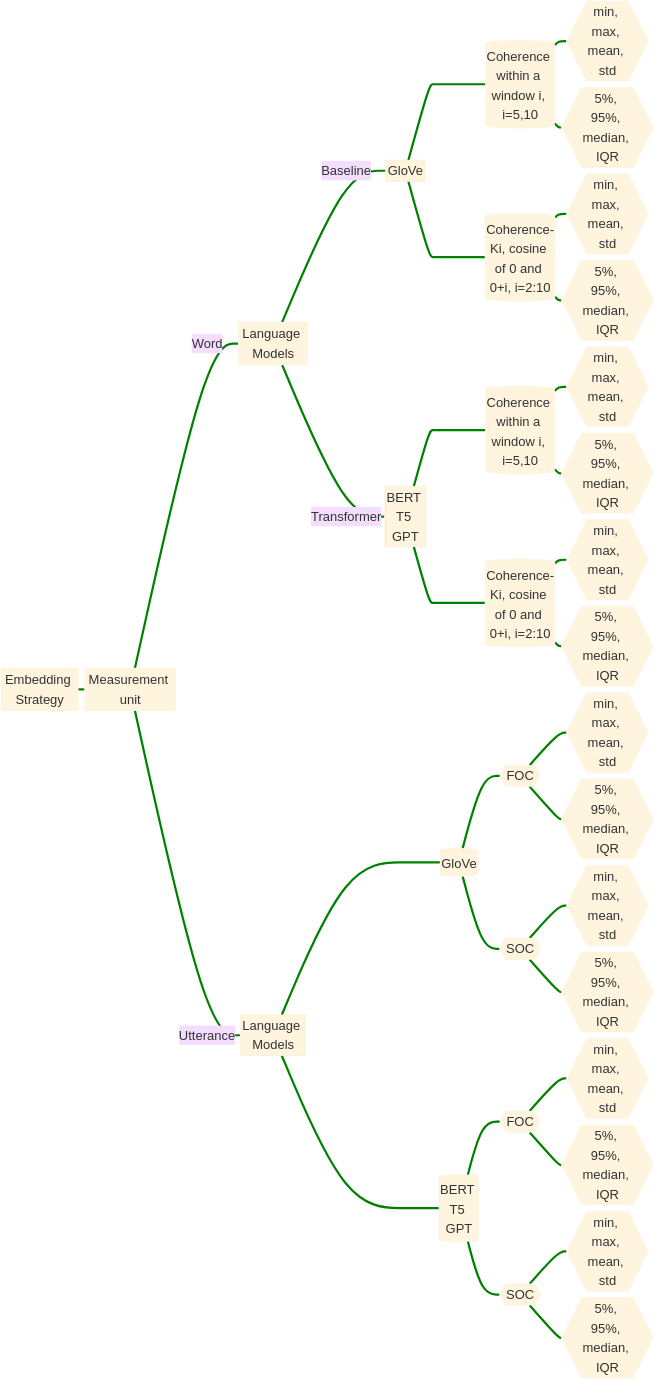
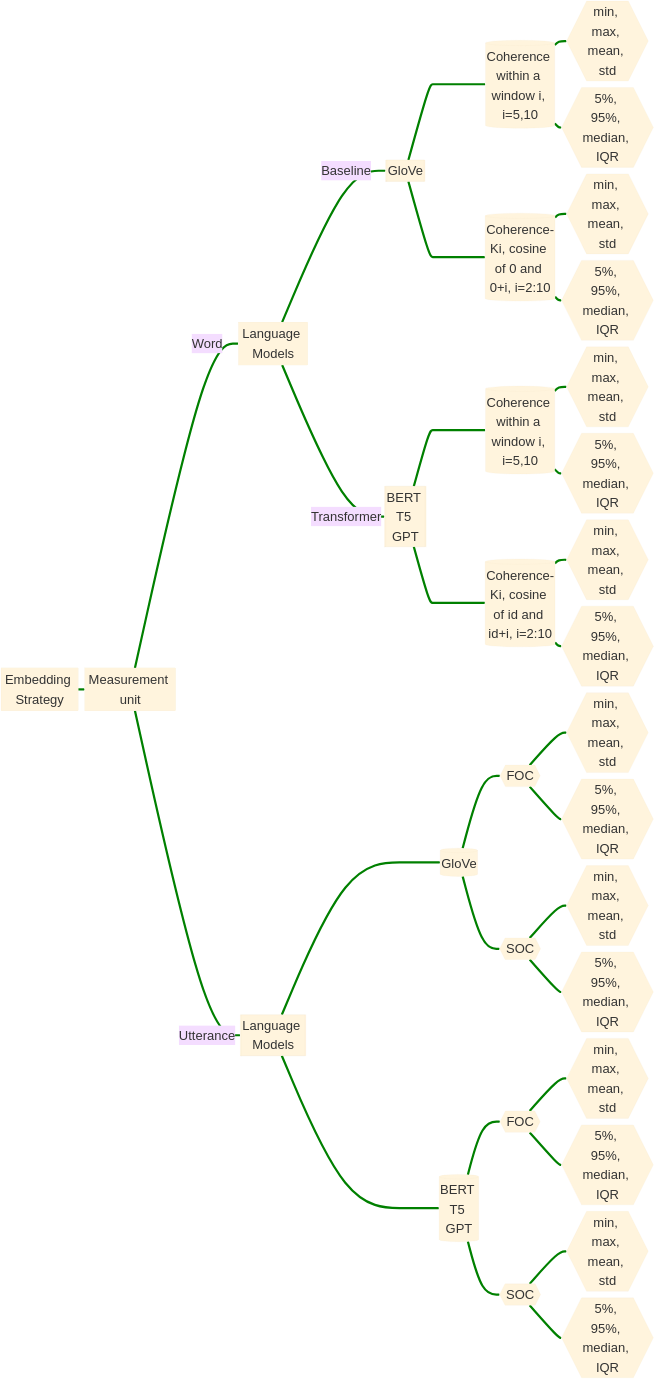
The first of 2 diagrams in README.md (yancong222/SSD-LM-STanglab), drawn with Mermaid before and after one commit.

````diff
--- a/README.md
+++ b/README.md
@@ -5,66 +5,66 @@
 ```mermaid
 %%{init: {'theme': 'base', 'themeVariables': { 'fontSize': '100px'}}}%%
 flowchart LR
     A[Embedding Strategy] ==> B[Measurement unit]
     B == Word ==> C[Language Models]
     C == Baseline ==> D[[GloVe]] ====> G[(Coherence within a window i, i=5,10)]
     G ==> J{{min, max, mean, std}}
     G ==> K{{5%, 95%, median, IQR}}
     D ====> P[(Coherence-Ki, cosine of 0 and 0+i, i=2:10)]
     P ==> Q{{min, max, mean, std}}
     P ==> R{{5%, 95%, median, IQR}}
     C == Transformer ==> E[[BERT T5 GPT]] ====> H[(Coherence within a window i, i=5,10)]
     H ==> L{{min, max, mean, std}}
     H ==> M{{5%, 95%, median, IQR}}
-    E ====> S[(Coherence-Ki, cosine of 0 and 0+i, i=2:10)]
+    E ====> S[(Coherence-Ki, cosine of id and id+i, i=2:10)]
     S ==> T{{min, max, mean, std}}
     S ==> U{{5%, 95%, median, IQR}}
     B == Utterance ==> F[[Language Models]] ====> I[(GloVe)]
     I ==> N{{FOC}}
     I ==> O{{SOC}}
     N ==> a{{min, max, mean, std}}
     N ==> b{{5%, 95%, median, IQR}}
     O ==> c{{min, max, mean, std}}
     O ==> d{{5%, 95%, median, IQR}}
     F ====> V[(BERT T5 GPT)]
     V ==> W{{FOC}}
     V ==> X{{SOC}}
     W ==> e{{min, max, mean, std}}
     W ==> f{{5%, 95%, median, IQR}}
     X ==> g{{min, max, mean, std}}
     X ==> h{{5%, 95%, median, IQR}}
     
     
     linkStyle 0 stroke-width:17px,fill:none,stroke:green;
     linkStyle 1 stroke-width:17px,fill:none,stroke:green;
     linkStyle 2 stroke-width:17px,fill:none,stroke:green;
     linkStyle 3 stroke-width:17px,fill:none,stroke:green;
     linkStyle 4 stroke-width:17px,fill:none,stroke:green;
     linkStyle 5 stroke-width:17px,fill:none,stroke:green;
     linkStyle 6 stroke-width:17px,fill:none,stroke:green;
     linkStyle 7 stroke-width:17px,fill:none,stroke:green;
     linkStyle 8 stroke-width:17px,fill:none,stroke:green;
     linkStyle 9 stroke-width:17px,fill:none,stroke:green;
     linkStyle 10 stroke-width:17px,fill:none,stroke:green;
     linkStyle 11 stroke-width:17px,fill:none,stroke:green;
     linkStyle 12 stroke-width:17px,fill:none,stroke:green;
     linkStyle 13 stroke-width:17px,fill:none,stroke:green;
     linkStyle 14 stroke-width:17px,fill:none,stroke:green;
     linkStyle 15 stroke-width:17px,fill:none,stroke:green;
     linkStyle 16 stroke-width:17px,fill:none,stroke:green;
     linkStyle 17 stroke-width:17px,fill:none,stroke:green;
     linkStyle 18 stroke-width:17px,fill:none,stroke:green;
     linkStyle 19 stroke-width:17px,fill:none,stroke:green;
     linkStyle 20 stroke-width:17px,fill:none,stroke:green;
     linkStyle 21 stroke-width:17px,fill:none,stroke:green;
     linkStyle 22 stroke-width:17px,fill:none,stroke:green;
     linkStyle 23 stroke-width:17px,fill:none,stroke:green;
     linkStyle 24 stroke-width:17px,fill:none,stroke:green;
     linkStyle 25 stroke-width:17px,fill:none,stroke:green;
     linkStyle 26 stroke-width:17px,fill:none,stroke:green;
     linkStyle 27 stroke-width:17px,fill:none,stroke:green;
     linkStyle 28 stroke-width:17px,fill:none,stroke:green;
     linkStyle 29 stroke-width:17px,fill:none,stroke:green;
     linkStyle 30 stroke-width:17px,fill:none,stroke:green;
     
 ```
````
